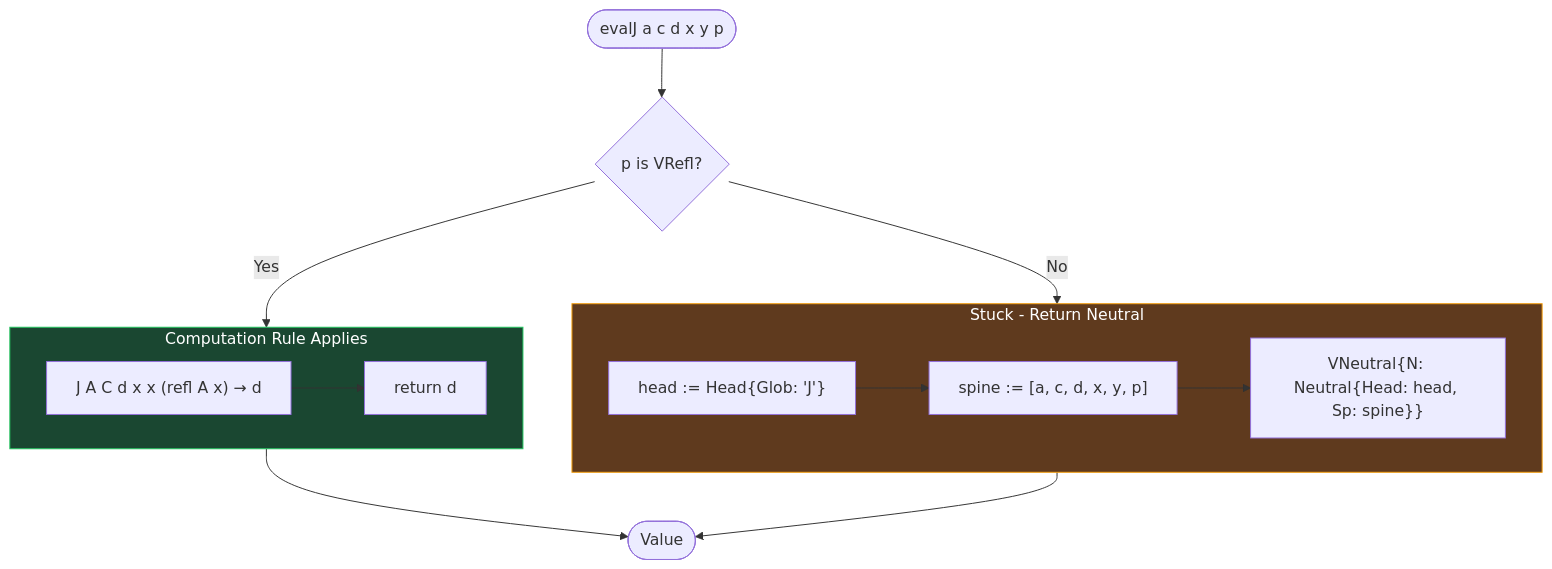
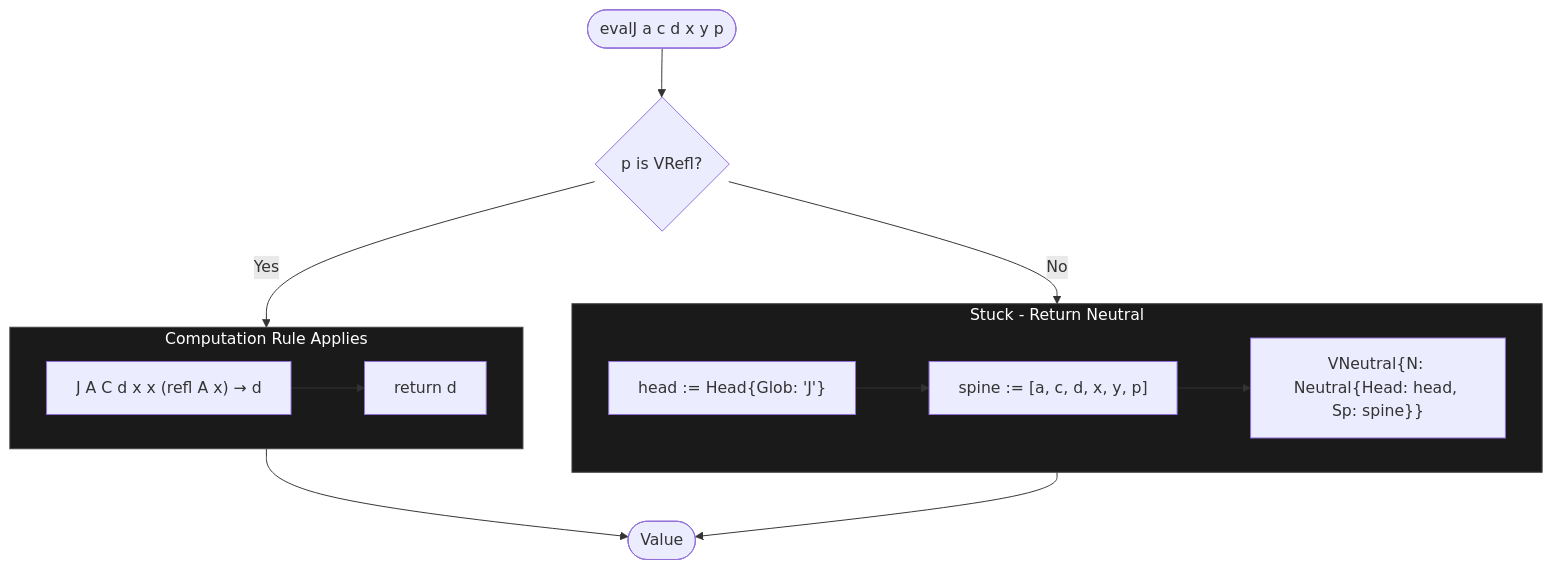
Diagram 15 of 23 in DIAGRAMS.md (watchthelight/HypergraphGo), drawn with Mermaid before and after one commit. The commit also changed other lines of this file, not shown here.

First line of the commit message:
docs(diagrams): use uniform dark color scheme

````diff
--- a/DIAGRAMS.md
+++ b/DIAGRAMS.md
@@ -1108,26 +1108,26 @@
 ```mermaid
 flowchart TB
     Start([evalJ a c d x y p]) --> CheckProof{p is VRefl?}
 
     CheckProof -->|Yes| ComputationRule
     CheckProof -->|No| StuckNeutral
 
     subgraph ComputationRule["Computation Rule Applies"]
         CR1["J A C d x x (refl A x) → d"]
         CR2["return d"]
         CR1 --> CR2
     end
 
     subgraph StuckNeutral["Stuck - Return Neutral"]
         SN1["head := Head{Glob: 'J'}"]
         SN2["spine := [a, c, d, x, y, p]"]
         SN3["VNeutral{N: Neutral{Head: head, Sp: spine}}"]
         SN1 --> SN2 --> SN3
     end
 
     ComputationRule --> Result([Value])
     StuckNeutral --> Result
 
-    style ComputationRule fill:#1a4731,stroke:#22c55e,color:#fff
-    style StuckNeutral fill:#5f3a1e,stroke:#f59e0b,color:#fff
+    style ComputationRule fill:#1a1a1a,stroke:#444,color:#fff
+    style StuckNeutral fill:#1a1a1a,stroke:#444,color:#fff
 ```
````
